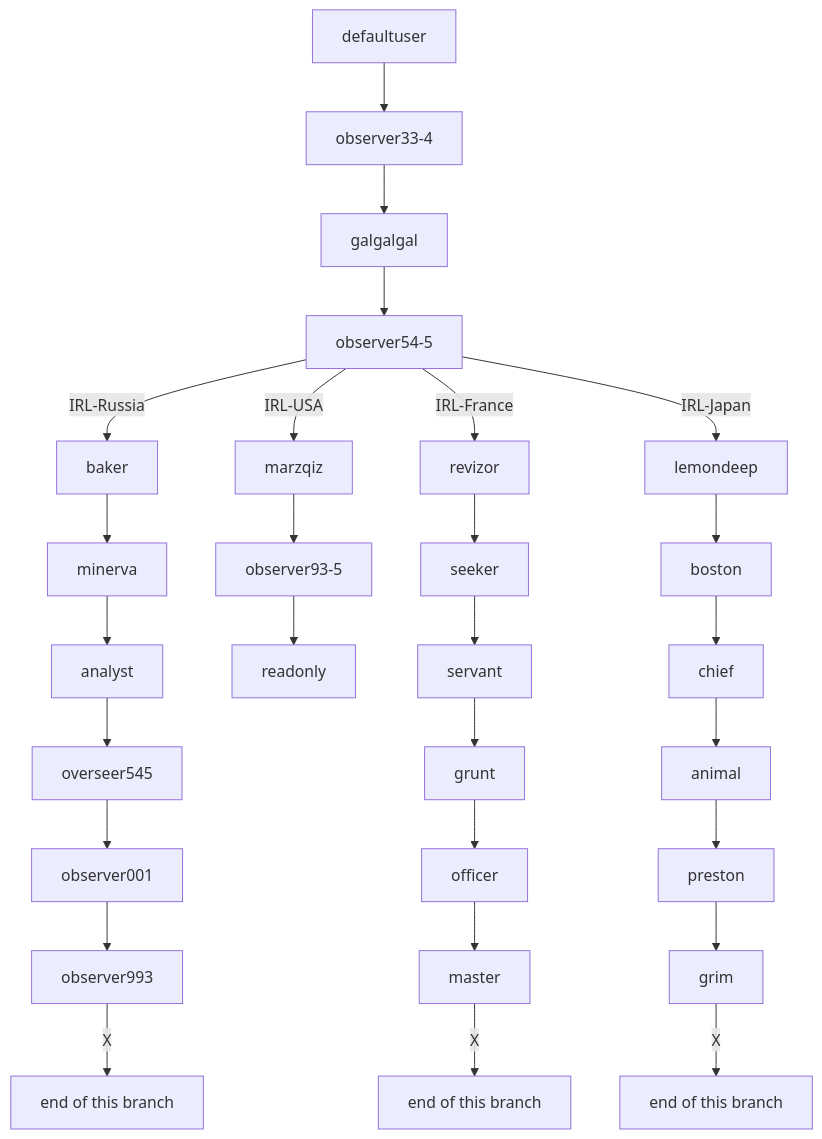
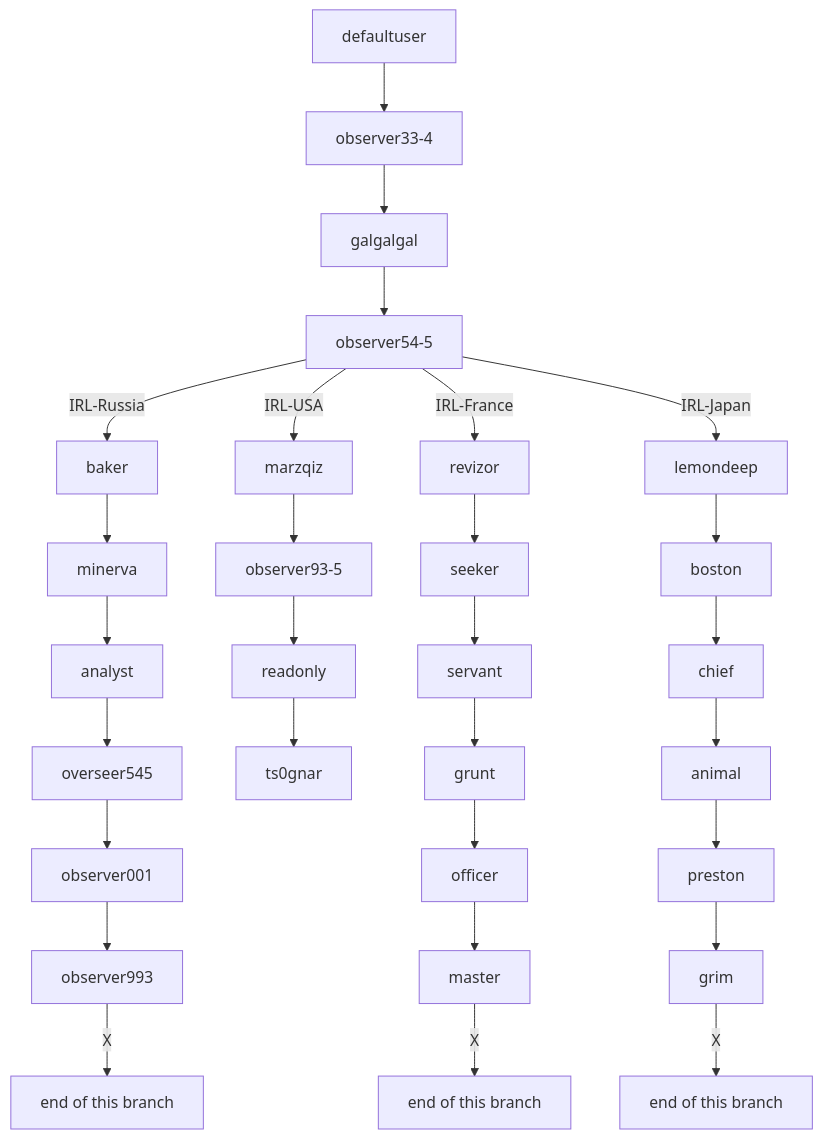
The diagram in README.md (Philsie/ARRS-documentation), drawn with Mermaid before and after one commit. The commit also changed other lines of this file, not shown here.

Commit message:
add ts0gnar acc

````diff
--- a/README.md
+++ b/README.md
@@ -42,34 +43,35 @@
 ```mermaid
 graph TD;
     defaultuser --> observer33-4;
     observer33-4 --> galgalgal;
     galgalgal --> observer54-5;
 
     observer54-5 --IRL-Russia--> baker;
     baker --> minerva;
     minerva --> analyst;
     analyst --> overseer545;
     overseer545 --> observer001;
     observer001 --> observer993;
     observer993 --X--> russiaEnd["end of this branch"];
 
     observer54-5 --IRL-USA--> marzqiz;
     marzqiz --> observer93-5;
     observer93-5 --> readonly;
+    readonly --> ts0gnar;
 
     observer54-5 --IRL-France--> revizor;
     revizor --> seeker;
     seeker --> servant;
     servant --> grunt;
     grunt --> officer;
     officer --> master;
     master --X--> franceEnd["end of this branch"];
 
     observer54-5 --IRL-Japan--> lemondeep;
     lemondeep --> boston;
     boston --> chief;
     chief --> animal;
     animal --> preston;
     preston --> grim;
     grim --X--> japanEnd["end of this branch"];
 ```
````
